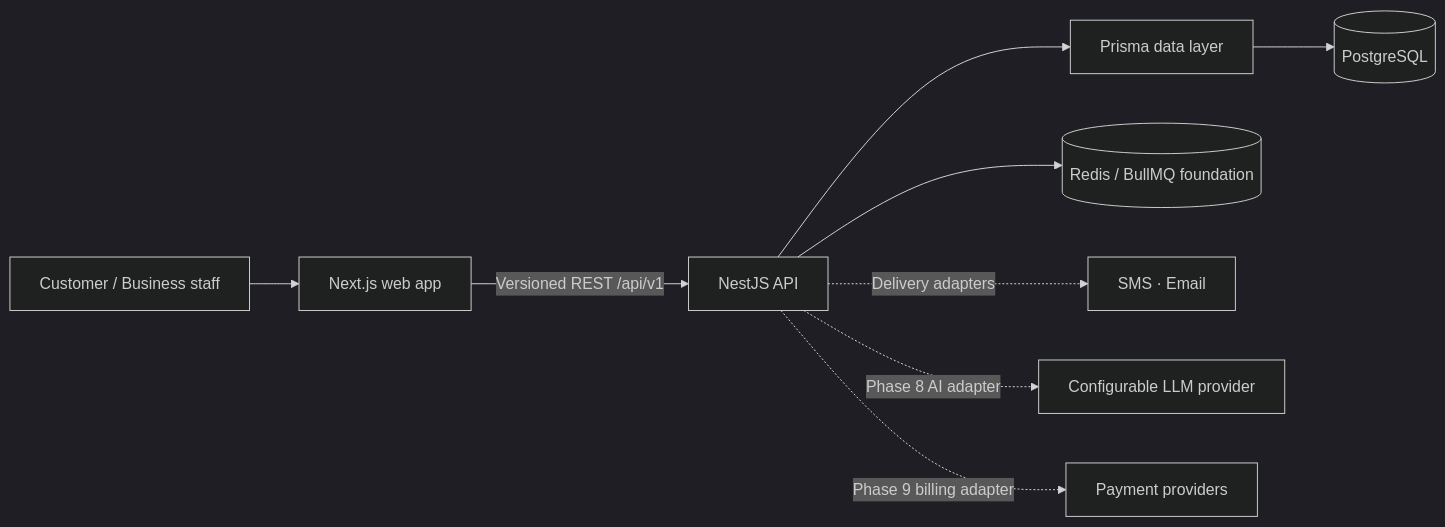
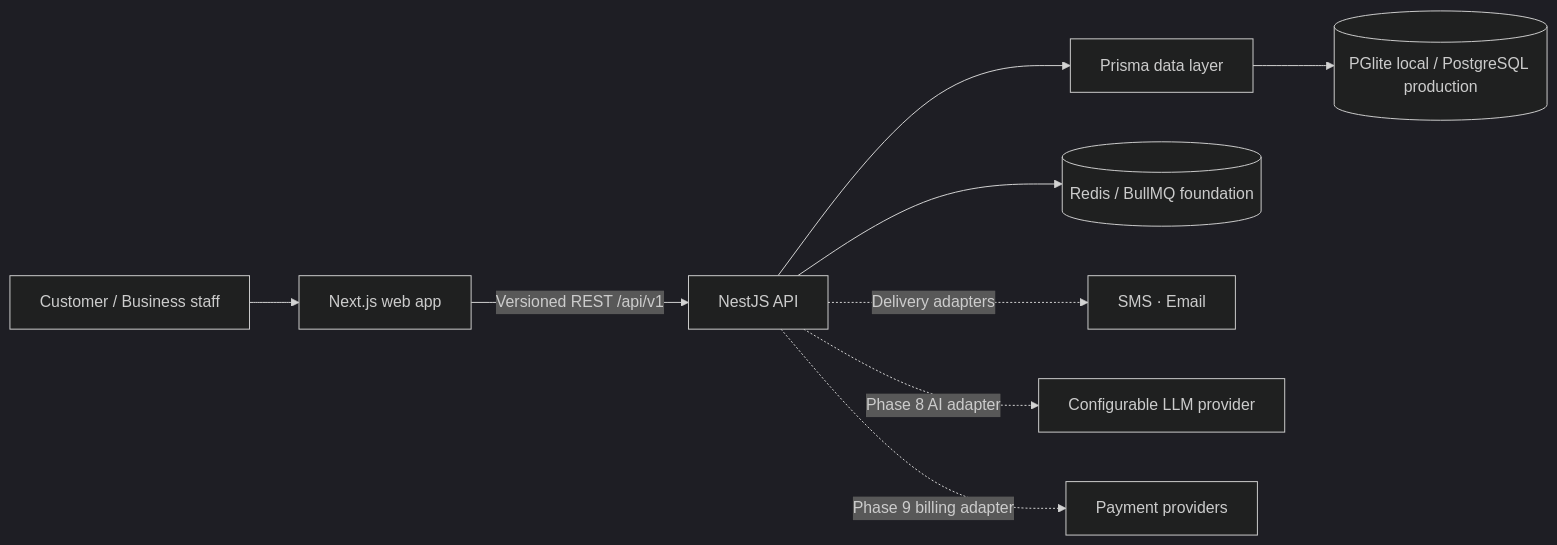
One commit to haroondhanyal/Gharsync-Web changed the diagram in README.md. Above: the diagram before and after it, drawn with Mermaid (dark theme). The commit also changed other lines of this file and 40 other files, not shown here.

````diff
--- a/README.md
+++ b/README.md
@@ -31,11 +31,11 @@
 ```mermaid
 flowchart LR
   Customer[Customer / Business staff] --> Web[Next.js web app]
   Web -->|Versioned REST /api/v1| API[NestJS API]
   API --> Prisma[Prisma data layer]
-  Prisma --> PG[(PostgreSQL)]
+  Prisma --> PG[(PGlite local / PostgreSQL production)]
   API --> Redis[(Redis / BullMQ foundation)]
   API -. Delivery adapters .-> Providers[SMS · Email]
   API -. Phase 8 AI adapter .-> LLM[Configurable LLM provider]
   API -. Phase 9 billing adapter .-> Payments[Payment providers]
 ```
````
